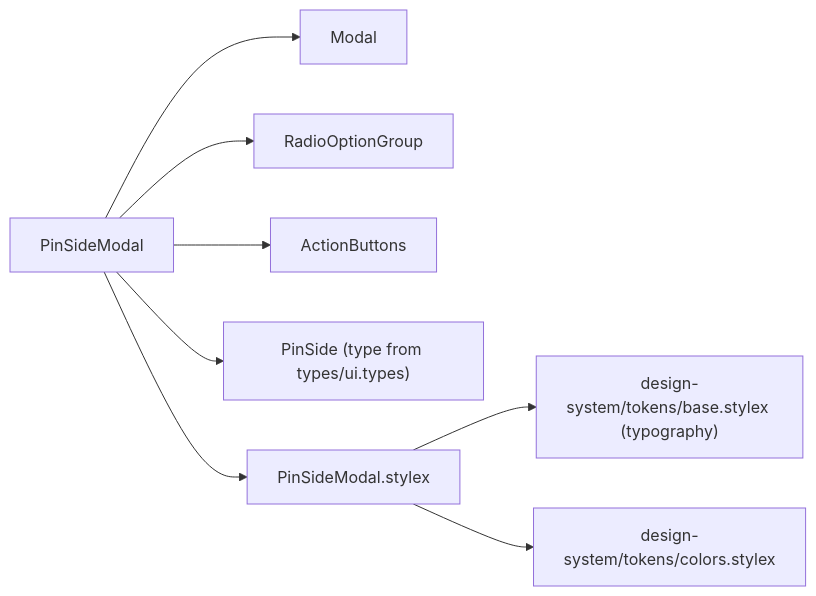
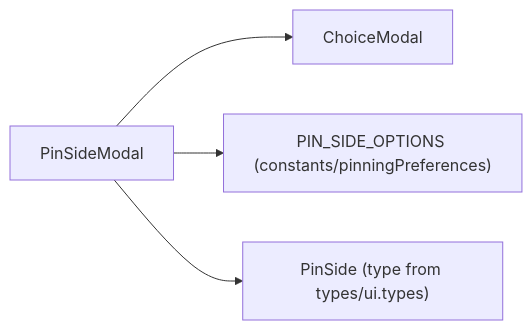
Before and after one commit to luciocabrera/lcabrera-stack: the first of 2 diagrams in packages/ui/src/components/PinSideModal/ARCHITECTURE.md, drawn with Mermaid. The commit also changed other lines of this file and 16 other files, not shown here.

Commit message:
feat: Implement choice modal

````diff
--- a/packages/ui/src/components/PinSideModal/ARCHITECTURE.md
+++ b/packages/ui/src/components/PinSideModal/ARCHITECTURE.md
@@ -17,10 +19,6 @@
 ```mermaid
 graph LR
-  PSM["PinSideModal"] --> Modal
-  PSM --> RadioOptionGroup
-  PSM --> ActionButtons
+  PSM["PinSideModal"] --> ChoiceModal
+  PSM --> PIN_SIDE_OPTIONS["PIN_SIDE_OPTIONS (constants/pinningPreferences)"]
   PSM --> PinSide["PinSide (type from types/ui.types)"]
-  PSM --> PSM_stylex["PinSideModal.stylex"]
-  PSM_stylex --> base_tokens["design-system/tokens/base.stylex (typography)"]
-  PSM_stylex --> colors["design-system/tokens/colors.stylex"]
 ```
````
